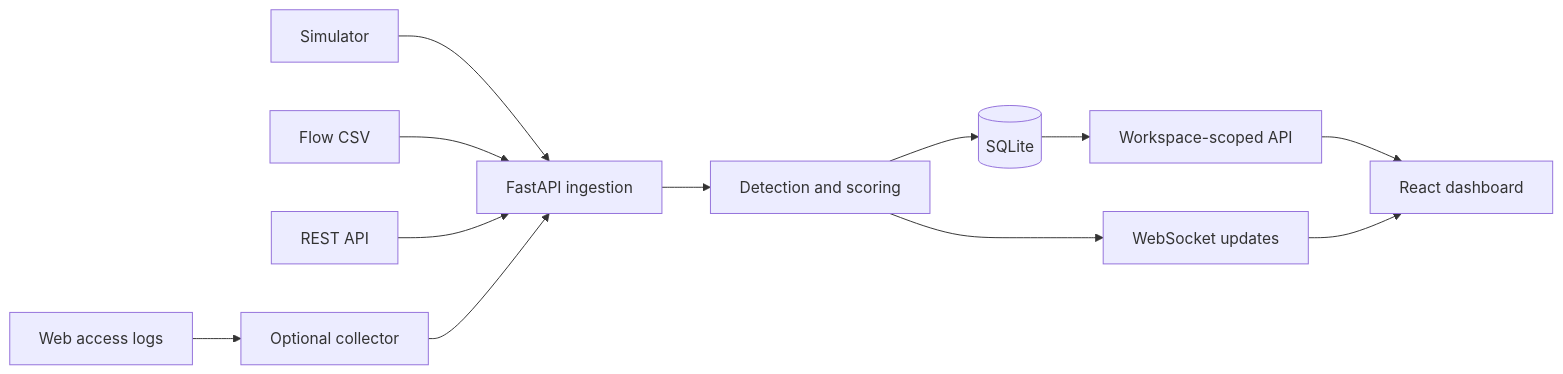
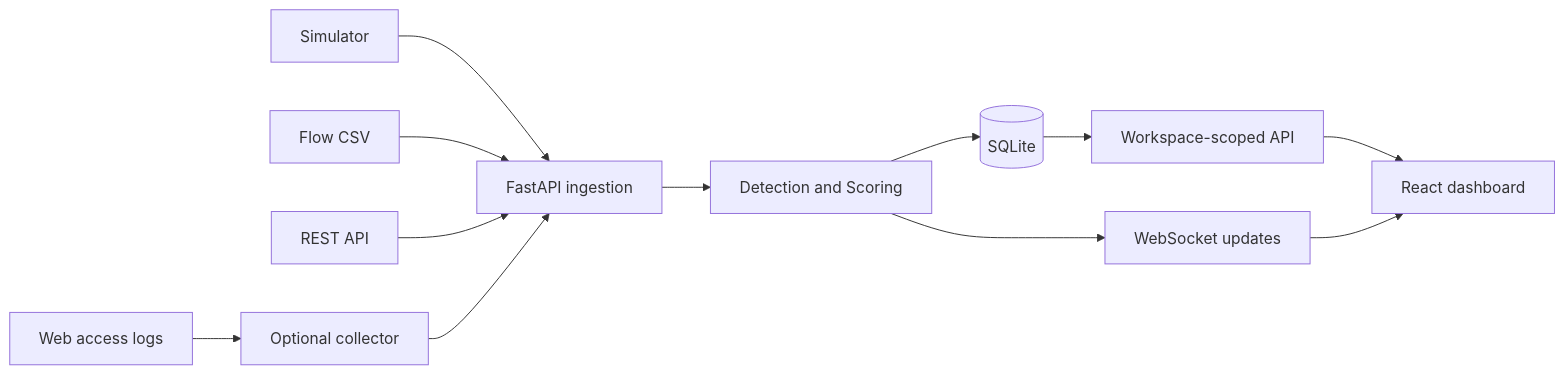
The diagram in README.md (nooruddin011/NetSentinel), drawn with Mermaid before and after one commit.

````diff
--- a/README.md
+++ b/README.md
@@ -36,14 +36,14 @@
 ```mermaid
 flowchart LR
   LOG[Web access logs] --> COL[Optional collector]
   SIM[Simulator] --> INGEST[FastAPI ingestion]
   CSV[Flow CSV] --> INGEST
   API[REST API] --> INGEST
   COL --> INGEST
-  INGEST --> DETECT[Detection and scoring]
+  INGEST --> DETECT[Detection and Scoring]
   DETECT --> DB[(SQLite)]
   DETECT --> WS[WebSocket updates]
   DB --> REST[Workspace-scoped API]
   REST --> UI[React dashboard]
   WS --> UI
 ```
````
